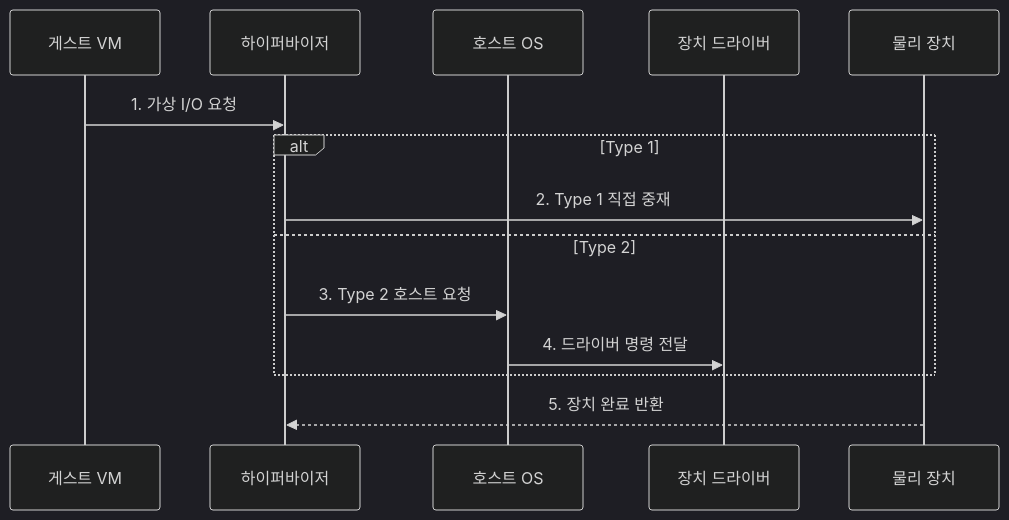
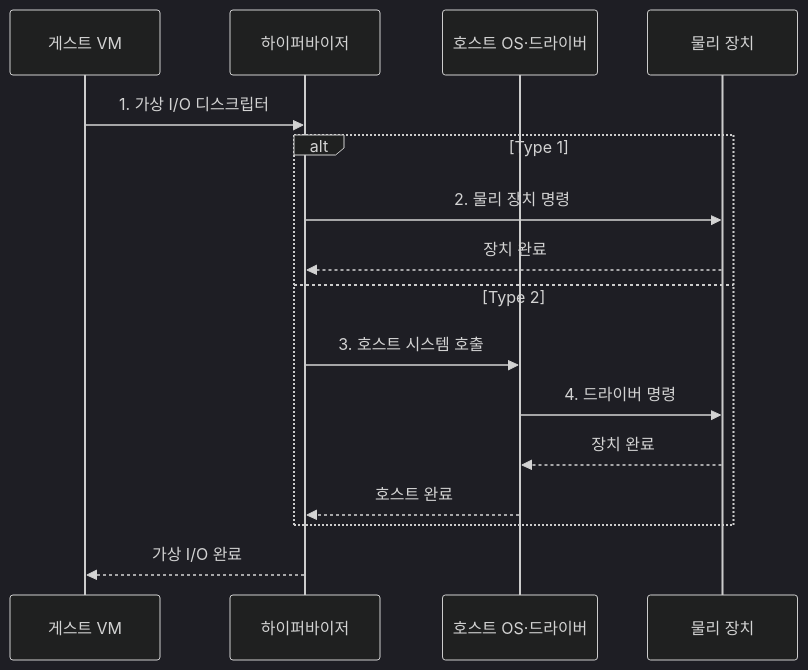
Before and after one commit to agnusdei1207/knowledge-base: the second of 2 diagrams in src/content/docs/notes/02-hardware/087_hypervisor_types.md, drawn with Mermaid (dark theme). The commit also changed other lines of this file and 14 other files, not shown here.

````diff
--- a/src/content/docs/notes/02-hardware/087_hypervisor_types.md
+++ b/src/content/docs/notes/02-hardware/087_hypervisor_types.md
@@ -86,16 +85,18 @@
 ```mermaid
 sequenceDiagram
     participant G as 게스트 VM
     participant V as 하이퍼바이저
-    participant O as 호스트 OS
-    participant R as 장치 드라이버
+    participant O as 호스트 OS·드라이버
     participant D as 물리 장치
-    G->>V: 1. 가상 I/O 요청
+    G->>V: 1. 가상 I/O 디스크립터
     alt Type 1
-        V->>D: 2. Type 1 직접 중재
+        V->>D: 2. 물리 장치 명령
+        D-->>V: 장치 완료
     else Type 2
-        V->>O: 3. Type 2 호스트 요청
-        O->>R: 4. 드라이버 명령 전달
+        V->>O: 3. 호스트 시스템 호출
+        O->>D: 4. 드라이버 명령
+        D-->>O: 장치 완료
+        O-->>V: 호스트 완료
     end
-    D-->>V: 5. 장치 완료 반환
+    V-->>G: 가상 I/O 완료
 ```
````
